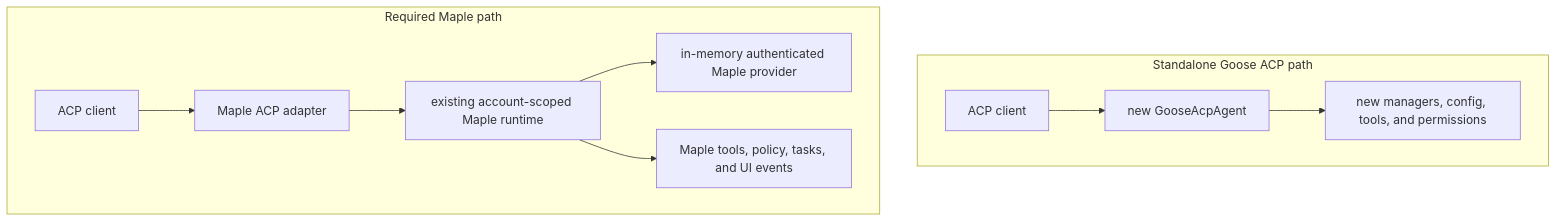
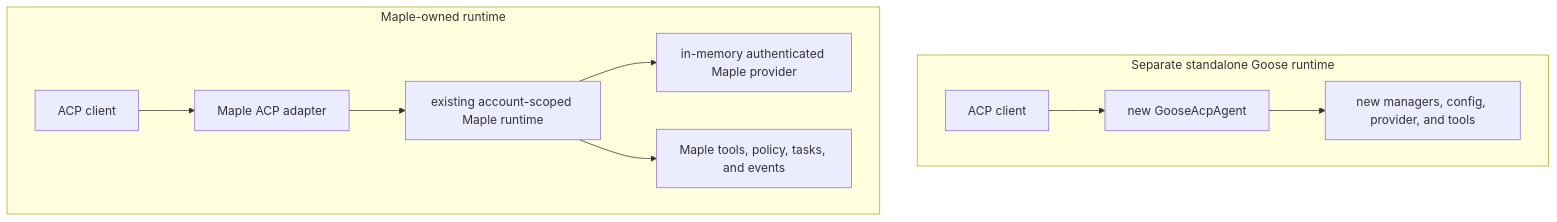
The second of 3 diagrams in docs/agent-mode-acp.md (OpenSecretCloud/Maple), drawn with Mermaid before and after one commit. The commit also changed other lines of this file and 13 other files, not shown here.

Commit message:
feat(agent): expand ACP support for Paseo

````diff
--- a/docs/agent-mode-acp.md
+++ b/docs/agent-mode-acp.md
@@ -49,14 +41,14 @@
 ```mermaid
 flowchart TB
-    subgraph Separate["Standalone Goose ACP path"]
-        ClientA["ACP client"] --> GooseAcp["new GooseAcpAgent"]
-        GooseAcp --> ManagersA["new managers, config, tools, and permissions"]
+    subgraph Wrong["Separate standalone Goose runtime"]
+        ClientA["ACP client"] --> GooseACP["new GooseAcpAgent"]
+        GooseACP --> ManagersA["new managers, config, provider, and tools"]
     end
 
-    subgraph MaplePath["Required Maple path"]
-        ClientB["ACP client"] --> MapleAcp["Maple ACP adapter"]
-        MapleAcp --> ManagersB["existing account-scoped Maple runtime"]
+    subgraph Required["Maple-owned runtime"]
+        ClientB["ACP client"] --> MapleACP["Maple ACP adapter"]
+        MapleACP --> ManagersB["existing account-scoped Maple runtime"]
         ManagersB --> Auth["in-memory authenticated Maple provider"]
-        ManagersB --> MapleTools["Maple tools, policy, tasks, and UI events"]
+        ManagersB --> MapleTools["Maple tools, policy, tasks, and events"]
     end
 ```
````
